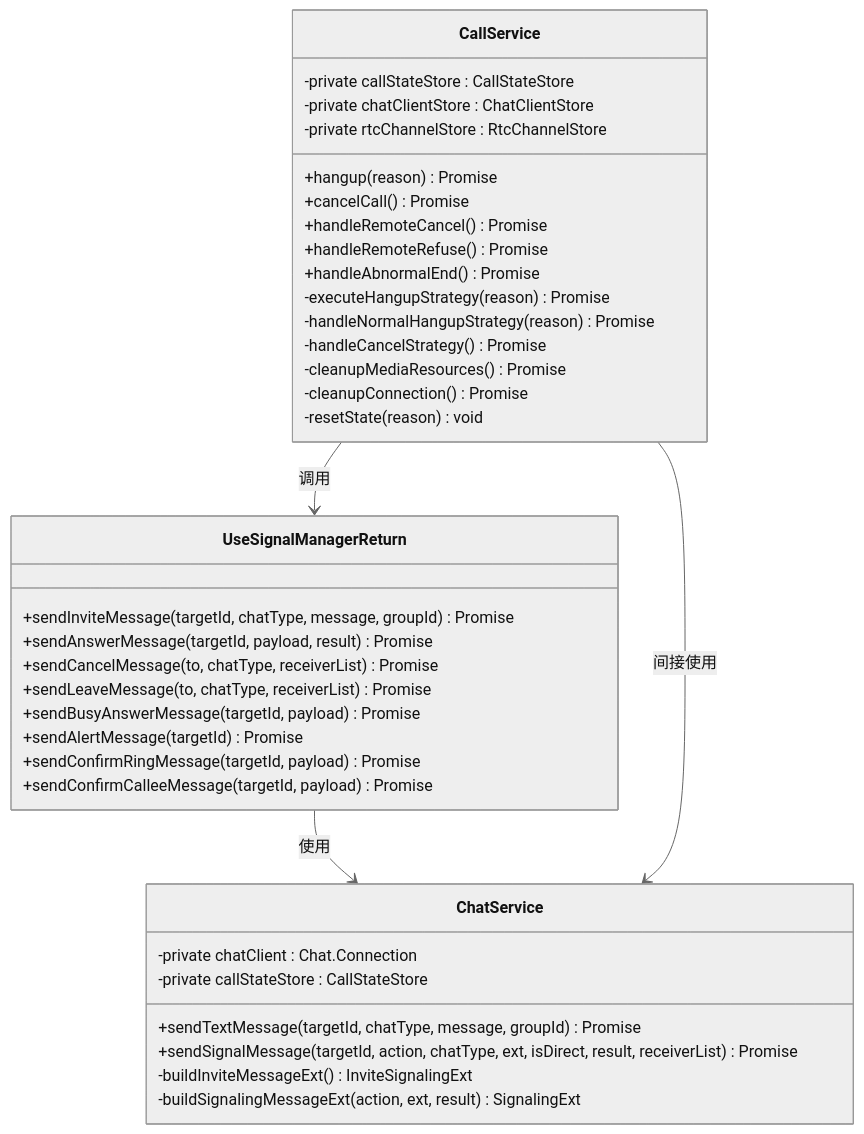
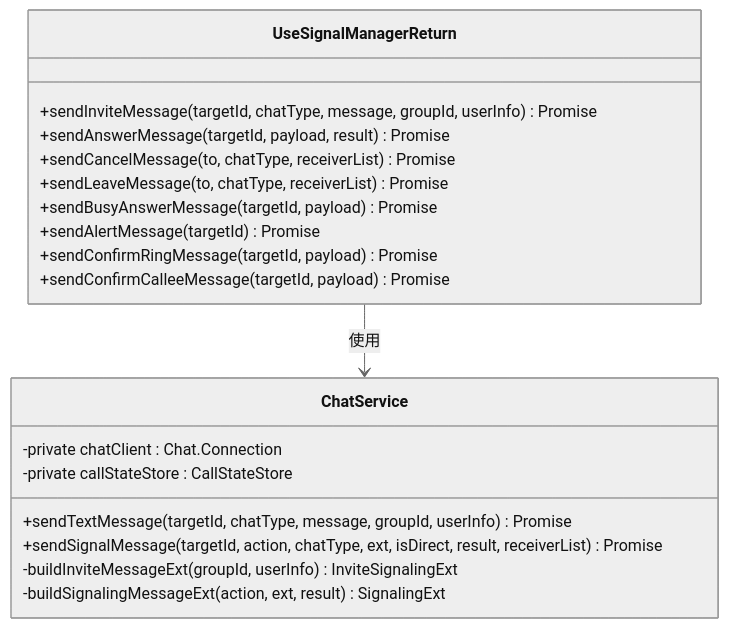
One commit to Easemob-Community/easemob-uikit-callkit-vue3 changed the third of 6 diagrams in .qoder/repowiki/zh/content/高级功能/信令实现机制/信令管理 API.md. Above: the diagram before and after it, drawn with Mermaid (neutral theme). The commit also changed other lines of this file and 6 other files, not shown here.

````diff
--- a/.qoder/repowiki/zh/content/高级功能/信令实现机制/信令管理 API.md
+++ b/.qoder/repowiki/zh/content/高级功能/信令实现机制/信令管理 API.md
@@ -183,40 +168,22 @@
 ```mermaid
 classDiagram
 class UseSignalManagerReturn {
-+sendInviteMessage(targetId, chatType, message, groupId) Promise
++sendInviteMessage(targetId, chatType, message, groupId, userInfo) Promise
 +sendAnswerMessage(targetId, payload, result) Promise
 +sendCancelMessage(to, chatType, receiverList) Promise
 +sendLeaveMessage(to, chatType, receiverList) Promise
 +sendBusyAnswerMessage(targetId, payload) Promise
 +sendAlertMessage(targetId) Promise
 +sendConfirmRingMessage(targetId, payload) Promise
 +sendConfirmCalleeMessage(targetId, payload) Promise
 }
 class ChatService {
 -private chatClient : Chat.Connection
 -private callStateStore : CallStateStore
-+sendTextMessage(targetId, chatType, message, groupId) Promise
++sendTextMessage(targetId, chatType, message, groupId, userInfo) Promise
 +sendSignalMessage(targetId, action, chatType, ext, isDirect, result, receiverList) Promise
--buildInviteMessageExt() InviteSignalingExt
+-buildInviteMessageExt(groupId, userInfo) InviteSignalingExt
 -buildSignalingMessageExt(action, ext, result) SignalingExt
 }
-class CallService {
--private callStateStore : CallStateStore
--private chatClientStore : ChatClientStore
--private rtcChannelStore : RtcChannelStore
-+hangup(reason) Promise
-+cancelCall() Promise
-+handleRemoteCancel() Promise
-+handleRemoteRefuse() Promise
-+handleAbnormalEnd() Promise
--executeHangupStrategy(reason) Promise
--handleNormalHangupStrategy(reason) Promise
--handleCancelStrategy() Promise
--cleanupMediaResources() Promise
--cleanupConnection() Promise
--resetState(reason) void
-}
 UseSignalManagerReturn --> ChatService : 使用
-CallService --> UseSignalManagerReturn : 调用
-CallService --> ChatService : 间接使用
 ```
````
